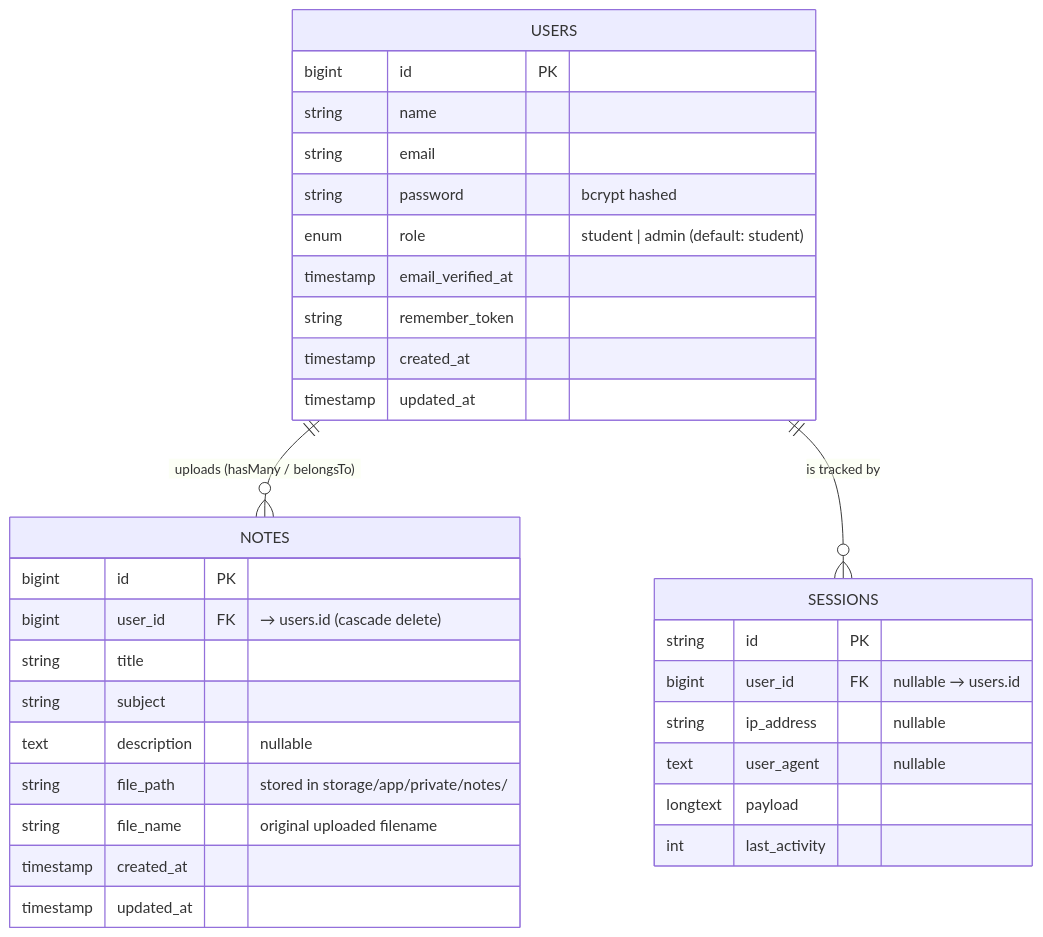
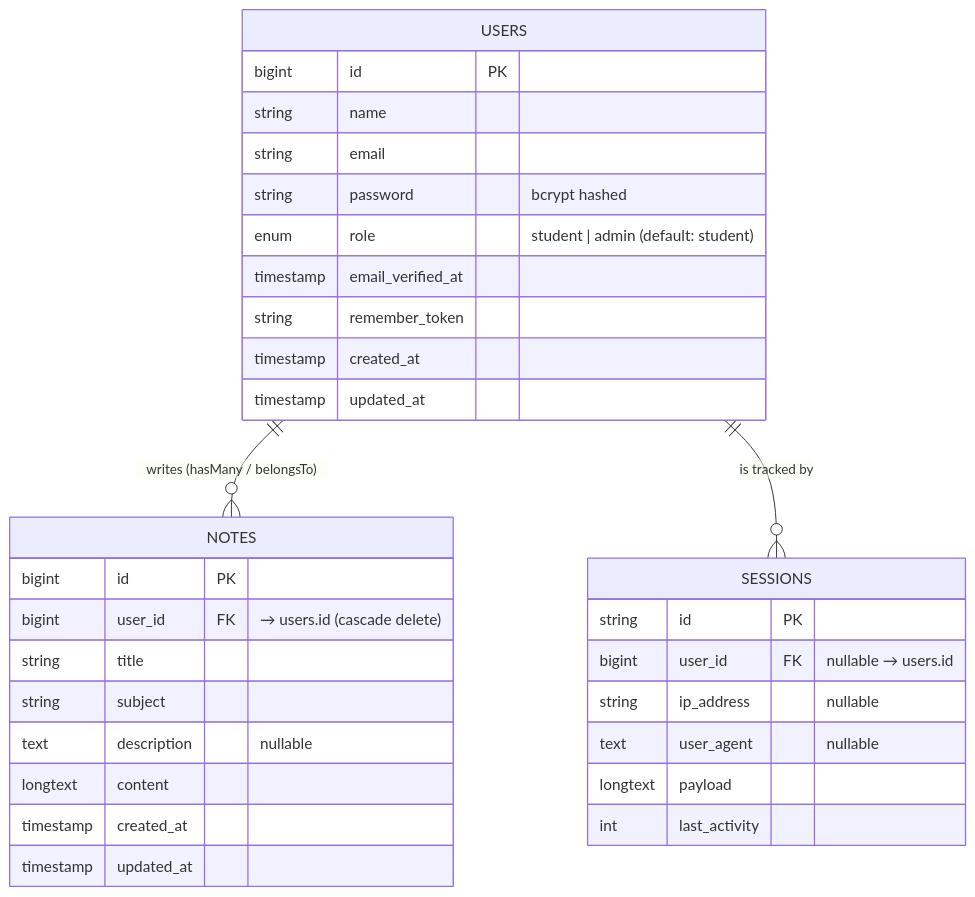
The first of 2 diagrams in TEACHING.md (j-casimiro/class-collab), drawn with Mermaid before and after one commit. The commit also changed other lines of this file and 1 other file, not shown here.

````diff
--- a/TEACHING.md
+++ b/TEACHING.md
@@ -26,38 +26,37 @@
 ```mermaid
 erDiagram
     USERS {
         bigint   id            PK
         string   name
         string   email
         string   password      "bcrypt hashed"
         enum     role          "student | admin (default: student)"
         timestamp email_verified_at
         string   remember_token
         timestamp created_at
         timestamp updated_at
     }
 
     NOTES {
         bigint   id            PK
         bigint   user_id       FK  "→ users.id (cascade delete)"
         string   title
         string   subject
         text     description   "nullable"
-        string   file_path     "stored in storage/app/private/notes/"
-        string   file_name     "original uploaded filename"
+        longtext content
         timestamp created_at
         timestamp updated_at
     }
 
     SESSIONS {
         string   id            PK
         bigint   user_id       FK  "nullable → users.id"
         string   ip_address    "nullable"
         text     user_agent    "nullable"
         longtext payload
         int      last_activity
     }
 
-    USERS ||--o{ NOTES    : "uploads (hasMany / belongsTo)"
+    USERS ||--o{ NOTES    : "writes (hasMany / belongsTo)"
     USERS ||--o{ SESSIONS : "is tracked by"
 ```
````
